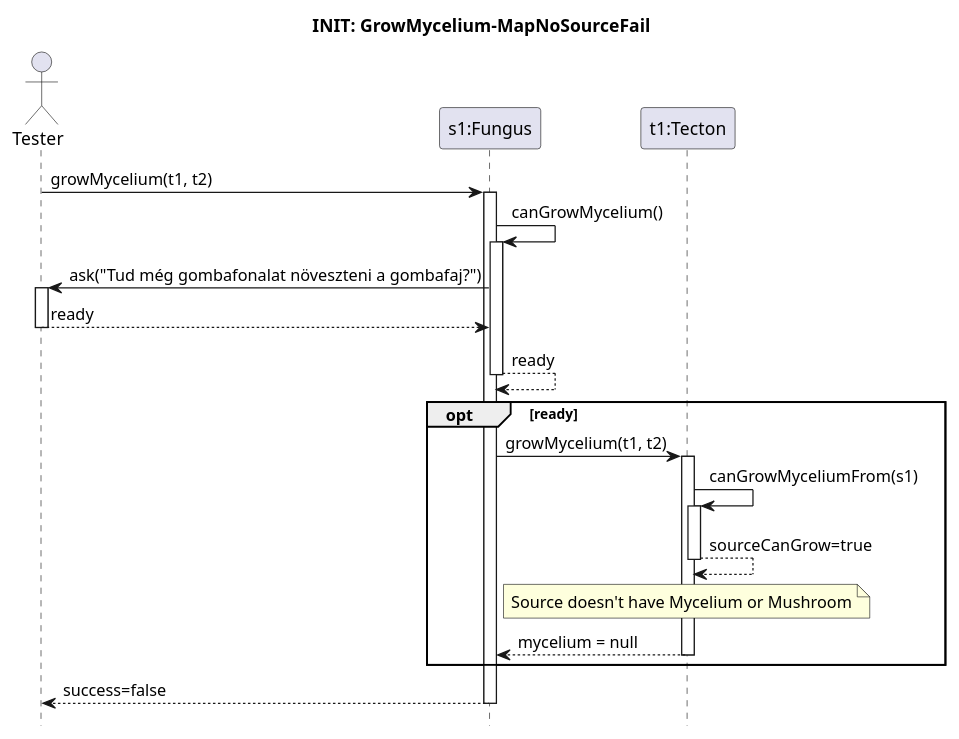
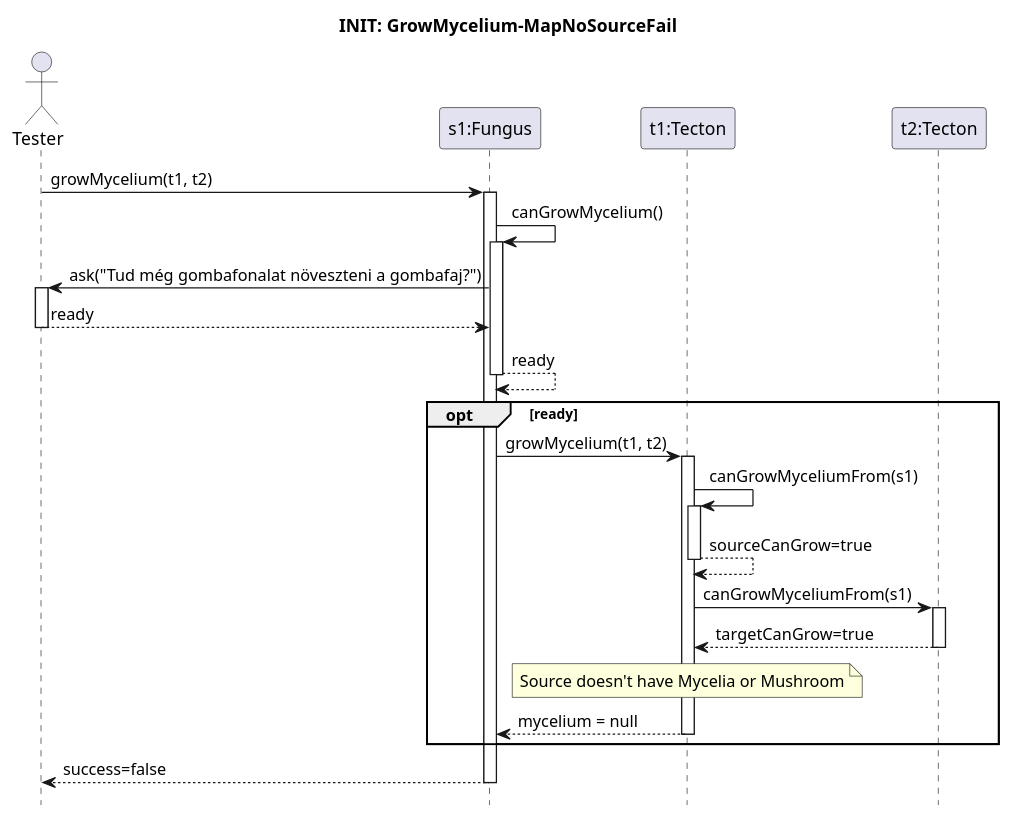
Before and after one commit to ZD4ve/projlab-error521: the diagram in Skeleton/Grow-mycelium/no-source-fail.pu, drawn with PlantUML. The commit also changed 4 other files, not shown here.

Commit message:
more grow-mycelium fixes

```diff
--- a/Skeleton/Grow-mycelium/no-source-fail.pu
+++ b/Skeleton/Grow-mycelium/no-source-fail.pu
@@ -1,34 +1,39 @@
 @startuml grow-mycelium-success
 hide footbox
 
 title INIT: GrowMycelium-MapNoSourceFail
 
 actor Tester
 participant "s1:Fungus" as species
 participant "t1:Tecton" as source
+participant "t2:Tecton" as target
 
 Tester -> species : growMycelium(t1, t2)
 activate species
 
 species -> species : canGrowMycelium()
 activate species
 
 Tester <- species : ask("Tud még gombafonalat növeszteni a gombafaj?")
 activate Tester
 return ready
 
 return ready
 
 opt ready
 
     species -> source : growMycelium(t1, t2)
     activate source
         source -> source : canGrowMyceliumFrom(s1)
         activate source
         return sourceCanGrow=true
 
-        note over source: Source doesn't have Mycelium or Mushroom
+        source -> target : canGrowMyceliumFrom(s1)
+        activate target
+        return targetCanGrow=true
+
+        note over source: Source doesn't have Mycelia or Mushroom
     return mycelium = null
 end
 return success=false
 @enduml
```
